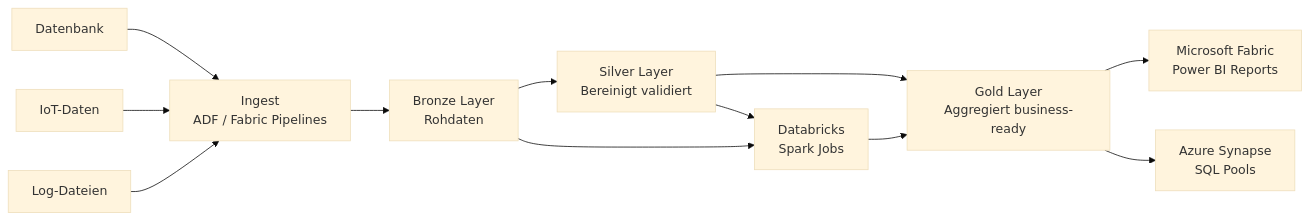
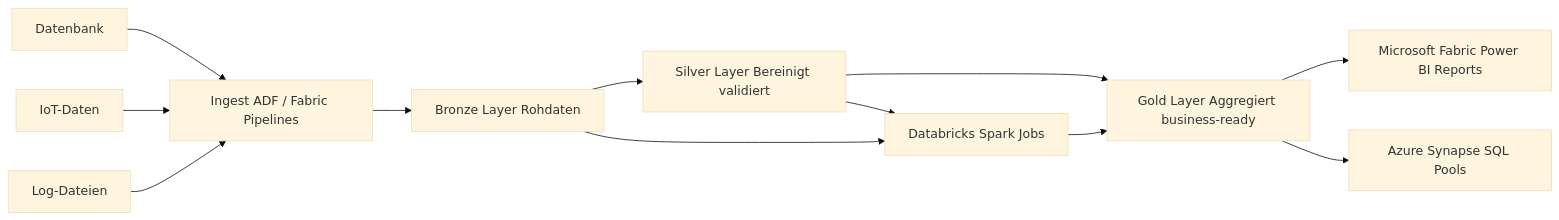
Before and after one commit to SoniiiT/notes-n-docs: the second of 3 diagrams in Microsoft 365/Azure/Storage/Azure Data Lake Storage Gen2.md, drawn with Mermaid (base theme). The commit also changed other lines of this file and 124 other files, not shown here.

First line of the commit message:
fix: Entferne \n aus allen Mermaid-Diagrammen (125 Dateien)

````diff
--- a/Microsoft 365/Azure/Storage/Azure Data Lake Storage Gen2.md
+++ b/Microsoft 365/Azure/Storage/Azure Data Lake Storage Gen2.md
@@ -65,17 +65,17 @@
 ```mermaid
 graph LR
-    SRC1[Datenbank] --> ING[Ingest\nADF / Fabric Pipelines]
+    SRC1[Datenbank] --> ING[Ingest ADF / Fabric Pipelines]
     SRC2[IoT-Daten] --> ING
     SRC3[Log-Dateien] --> ING
 
-    ING --> BRONZE[Bronze Layer\nRohdaten]
-    BRONZE --> SILVER[Silver Layer\nBereinigt validiert]
-    SILVER --> GOLD[Gold Layer\nAggregiert business-ready]
+    ING --> BRONZE[Bronze Layer Rohdaten]
+    BRONZE --> SILVER[Silver Layer Bereinigt validiert]
+    SILVER --> GOLD[Gold Layer Aggregiert business-ready]
 
-    BRONZE --> DB[Databricks\nSpark Jobs]
+    BRONZE --> DB[Databricks Spark Jobs]
     SILVER --> DB
     DB --> GOLD
 
-    GOLD --> FAB[Microsoft Fabric\nPower BI Reports]
-    GOLD --> SYN[Azure Synapse\nSQL Pools]
+    GOLD --> FAB[Microsoft Fabric Power BI Reports]
+    GOLD --> SYN[Azure Synapse SQL Pools]
 ```
````
